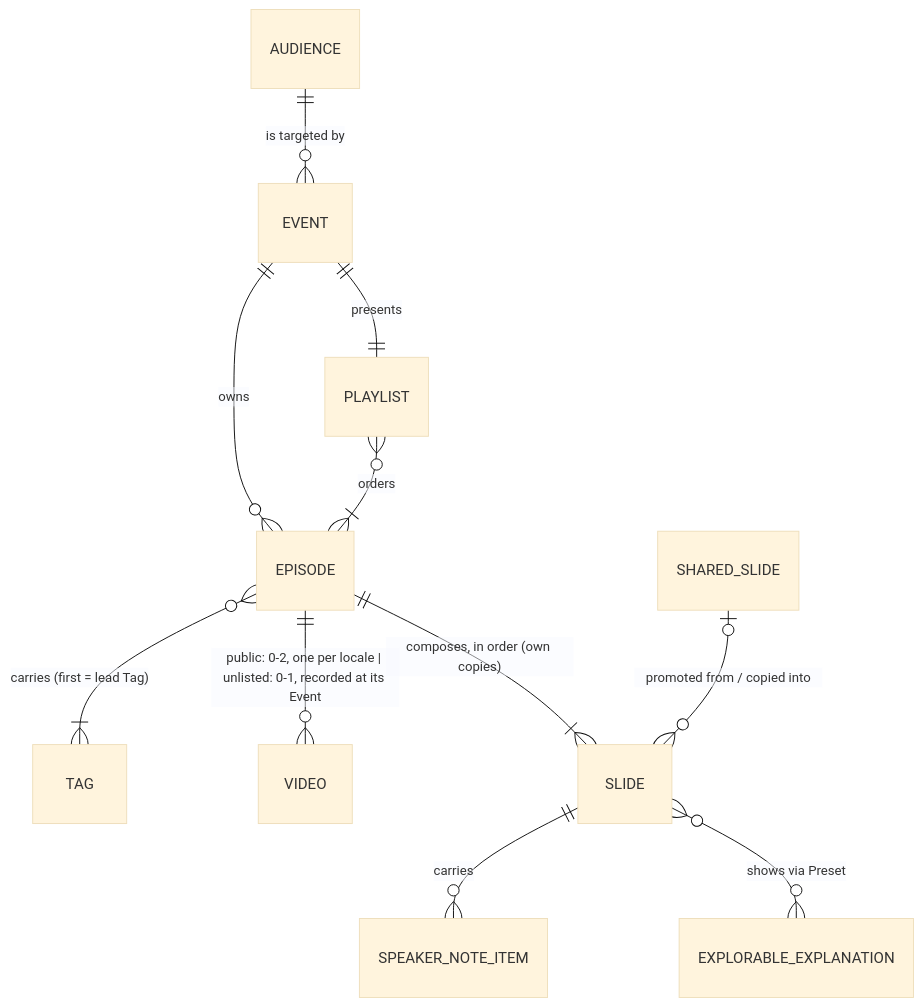
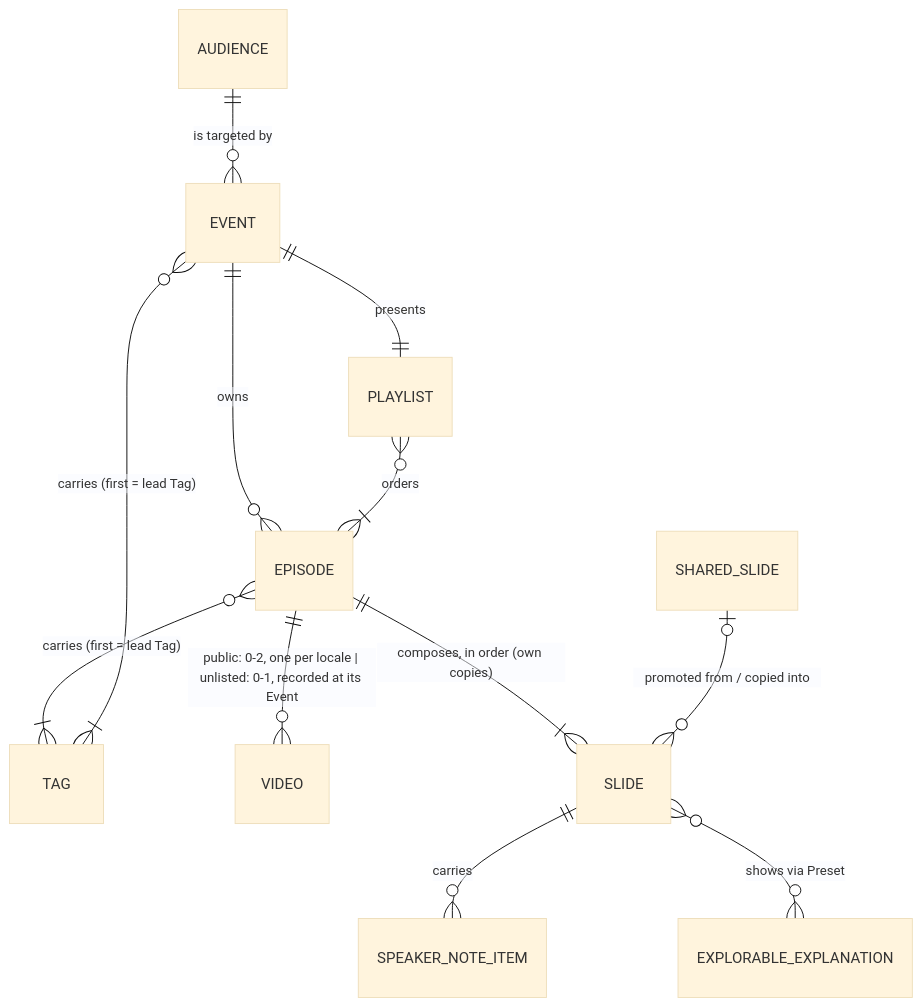
Before and after one commit to hancrafted/content-library: the diagram in docs/adr/0016-content-data-model.md, drawn with Mermaid (base theme). The commit also changed other lines of this file and 61 other files, not shown here.

````diff
--- a/docs/adr/0016-content-data-model.md
+++ b/docs/adr/0016-content-data-model.md
@@ -16,16 +16,17 @@
 ```mermaid
 erDiagram
     %% store: EVENT, PLAYLIST, EPISODE
     %% planned: SHARED_SLIDE
 
     AUDIENCE ||--o{ EVENT : "is targeted by"
     EVENT ||--|| PLAYLIST : presents
     EVENT ||--o{ EPISODE : owns
     PLAYLIST }o--|{ EPISODE : "orders"
     EPISODE }o--|{ TAG : "carries (first = lead Tag)"
+    EVENT }o--|{ TAG : "carries (first = lead Tag)"
     EPISODE ||--o{ VIDEO : "public: 0-2, one per locale | unlisted: 0-1, recorded at its Event"
     EPISODE ||--|{ SLIDE : "composes, in order (own copies)"
     SHARED_SLIDE |o--o{ SLIDE : "promoted from / copied into"
     SLIDE ||--o{ SPEAKER_NOTE_ITEM : carries
     SLIDE }o--o{ EXPLORABLE_EXPLANATION : "shows via Preset"
 ```
````
